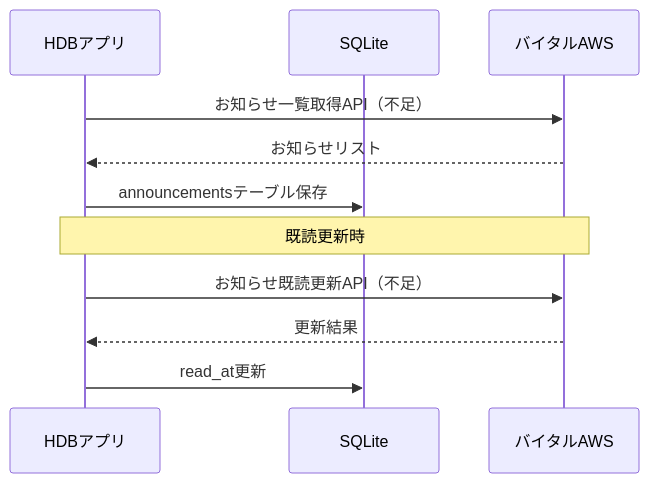
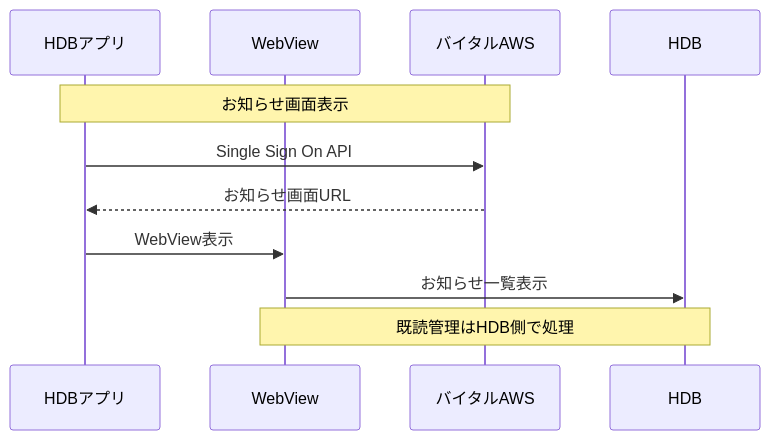
Before and after one commit to sasaibu/hdb: the tenth of 15 diagrams in doc/QA/画面別API通信図.md, drawn with Mermaid. The commit also changed other lines of this file, not shown here.

````diff
--- a/doc/QA/画面別API通信図.md
+++ b/doc/QA/画面別API通信図.md
@@ -212,15 +211,15 @@
 ```mermaid
 sequenceDiagram
     participant App as HDBアプリ
-    participant DB as SQLite
+    participant WebView as WebView
     participant AWS as バイタルAWS
+    participant HDB as HDB
     
-    App->>AWS: お知らせ一覧取得API（不足）
-    AWS-->>App: お知らせリスト
-    App->>DB: announcementsテーブル保存
+    Note over App,AWS: お知らせ画面表示
+    App->>AWS: Single Sign On API
+    AWS-->>App: お知らせ画面URL
+    App->>WebView: WebView表示
+    WebView->>HDB: お知らせ一覧表示
     
-    Note over App,AWS: 既読更新時
-    App->>AWS: お知らせ既読更新API（不足）
-    AWS-->>App: 更新結果
-    App->>DB: read_at更新
+    Note over WebView,HDB: 既読管理はHDB側で処理
 ```
````
